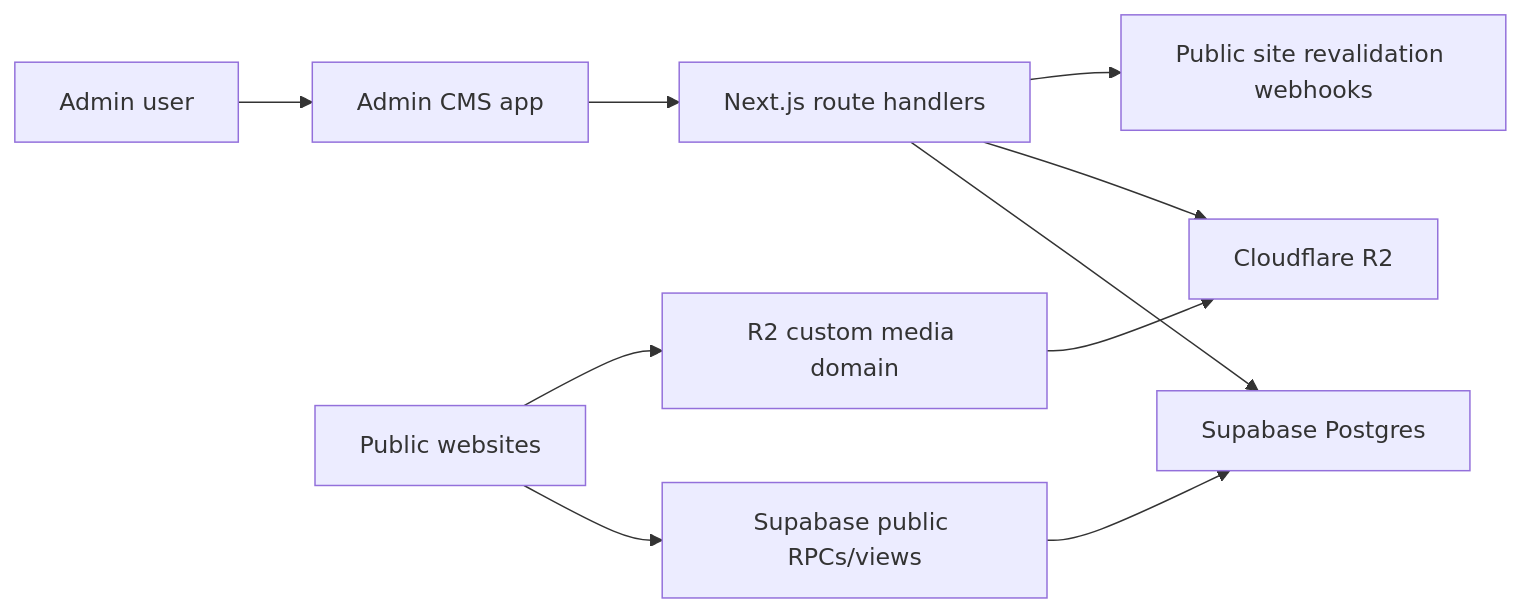
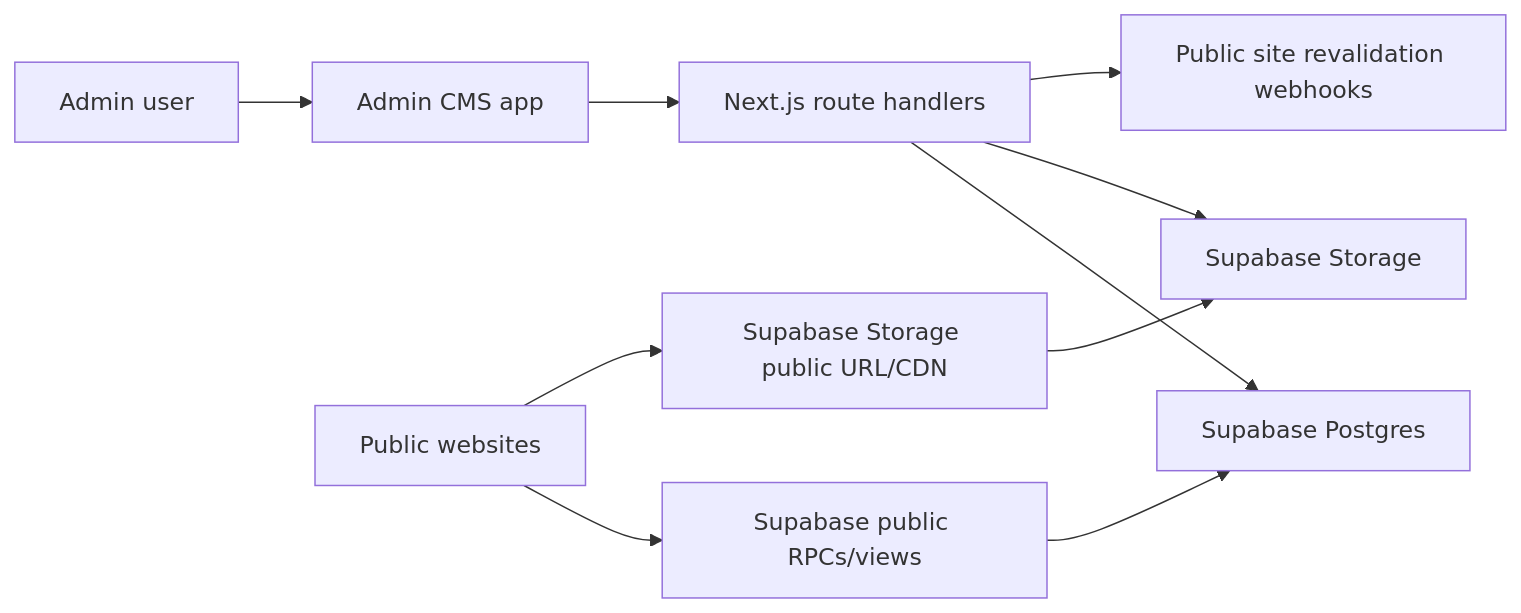
Before and after one commit to nisarhali2022/Admin-CMS: the first of 6 diagrams in docs/ARCHITECTURE.md, drawn with Mermaid. The commit also changed other lines of this file and 78 other files, not shown here.

````diff
--- a/docs/ARCHITECTURE.md
+++ b/docs/ARCHITECTURE.md
@@ -9,12 +9,12 @@
 ```mermaid
 flowchart LR
   Admin["Admin user"] --> AdminApp["Admin CMS app"]
   AdminApp --> AdminAPI["Next.js route handlers"]
   AdminAPI --> Supabase["Supabase Postgres"]
-  AdminAPI --> R2["Cloudflare R2"]
+  AdminAPI --> Storage["Supabase Storage"]
   AdminAPI --> Revalidate["Public site revalidation webhooks"]
   PublicSite["Public websites"] --> PublicRPC["Supabase public RPCs/views"]
   PublicRPC --> Supabase
-  PublicSite --> CDN["R2 custom media domain"]
-  CDN --> R2
+  PublicSite --> StorageCDN["Supabase Storage public URL/CDN"]
+  StorageCDN --> Storage
 ```
````
